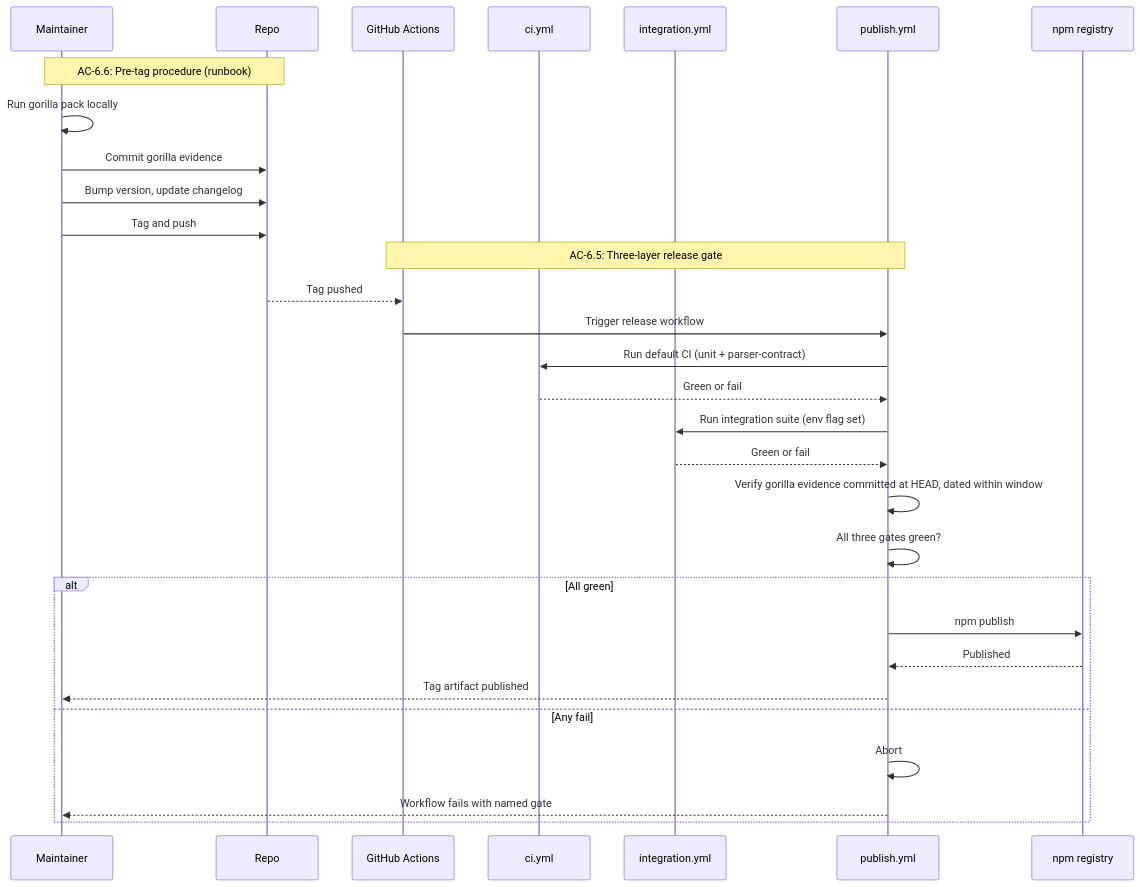
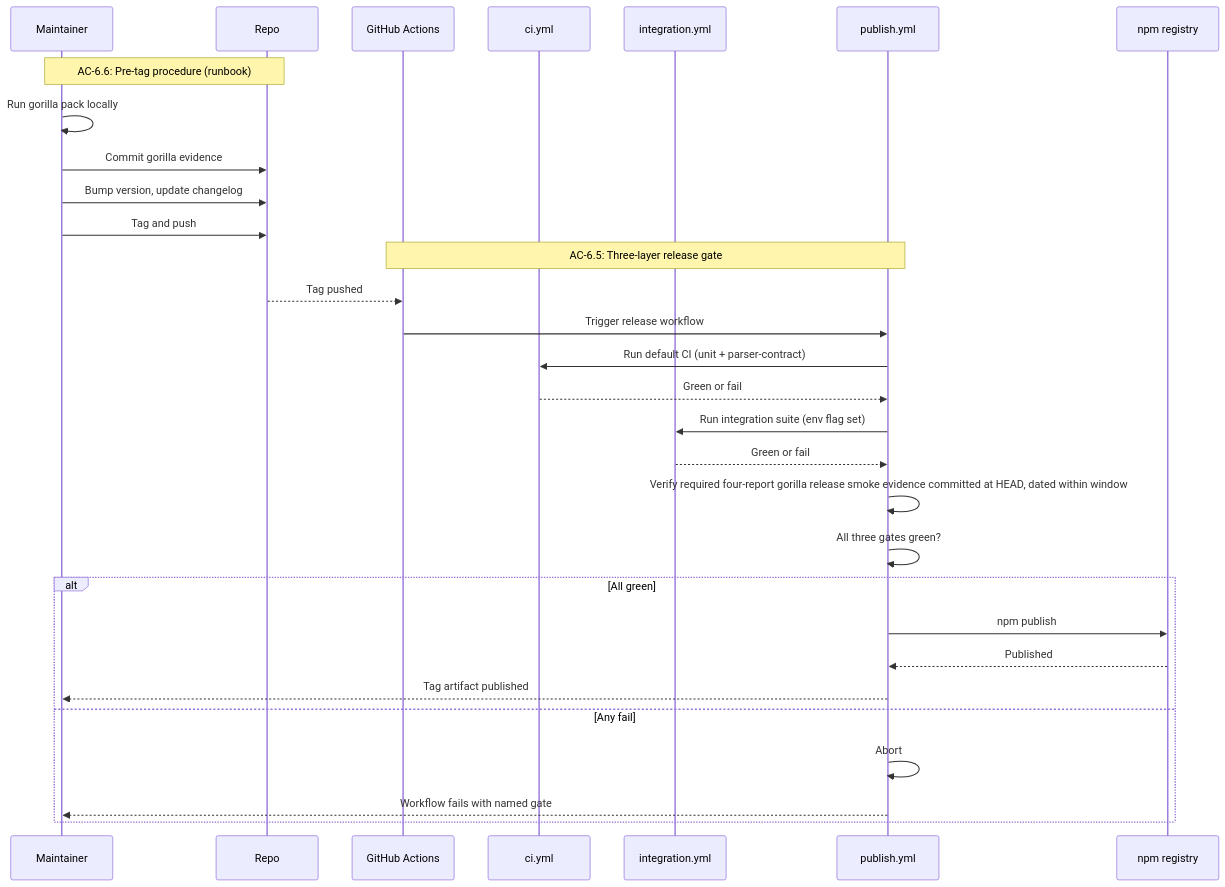
One commit to liminal-ai/lspec-core changed the ninth of 9 diagrams in docs/spec-build/epics/02-standalone-liminal-sdk-cli/tech-design.md. Above: the diagram before and after it, drawn with Mermaid. The commit also changed other lines of this file and 109 other files, not shown here.

````diff
--- a/docs/spec-build/epics/02-standalone-liminal-sdk-cli/tech-design.md
+++ b/docs/spec-build/epics/02-standalone-liminal-sdk-cli/tech-design.md
@@ -971,35 +981,35 @@
 ```mermaid
 sequenceDiagram
     participant Maintainer
     participant Repo
     participant Actions as GitHub Actions
     participant Default as ci.yml
     participant Integration as integration.yml
     participant Release as publish.yml
     participant NPM as npm registry
 
     Note over Maintainer,Repo: AC-6.6: Pre-tag procedure (runbook)
     Maintainer->>Maintainer: Run gorilla pack locally
     Maintainer->>Repo: Commit gorilla evidence
     Maintainer->>Repo: Bump version, update changelog
     Maintainer->>Repo: Tag and push
 
     Note over Actions,Release: AC-6.5: Three-layer release gate
     Repo-->>Actions: Tag pushed
     Actions->>Release: Trigger release workflow
     Release->>Default: Run default CI (unit + parser-contract)
     Default-->>Release: Green or fail
     Release->>Integration: Run integration suite (env flag set)
     Integration-->>Release: Green or fail
-    Release->>Release: Verify gorilla evidence committed at HEAD, dated within window
+    Release->>Release: Verify required four-report gorilla release smoke evidence committed at HEAD, dated within window
     Release->>Release: All three gates green?
     
     alt All green
         Release->>NPM: npm publish
         NPM-->>Release: Published
         Release-->>Maintainer: Tag artifact published
     else Any fail
         Release->>Release: Abort
         Release-->>Maintainer: Workflow fails with named gate
     end
 ```
````
